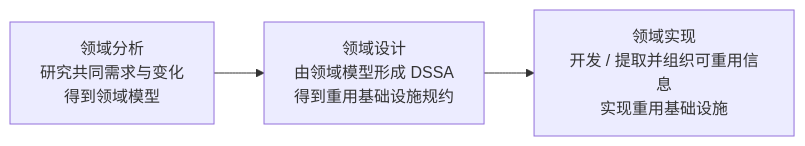
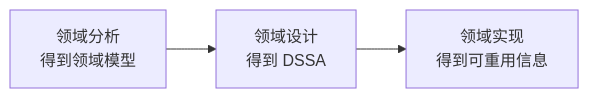
One commit to 74262195/system-architect-notes changed the diagram in 01_综合知识/06_软件架构设计/06_DSSA：如何沉淀特定领域的共性架构.md. Above: the diagram before and after it, drawn with Mermaid. The commit also changed other lines of this file, not shown here.

Commit message:
docs: slim DSSA learning note

````diff
--- a/01_综合知识/06_软件架构设计/06_DSSA：如何沉淀特定领域的共性架构.md
+++ b/01_综合知识/06_软件架构设计/06_DSSA：如何沉淀特定领域的共性架构.md
@@ -246,5 +75,5 @@
 ```mermaid
 flowchart LR
-    A["领域分析<br/>研究共同需求与变化<br/>得到领域模型"] --> B["领域设计<br/>由领域模型形成 DSSA<br/>得到重用基础设施规约"]
-    B --> C["领域实现<br/>开发 / 提取并组织可重用信息<br/>实现重用基础设施"]
+    A["领域分析<br/>得到领域模型"] --> B["领域设计<br/>得到 DSSA"]
+    B --> C["领域实现<br/>得到可重用信息"]
 ```
````
